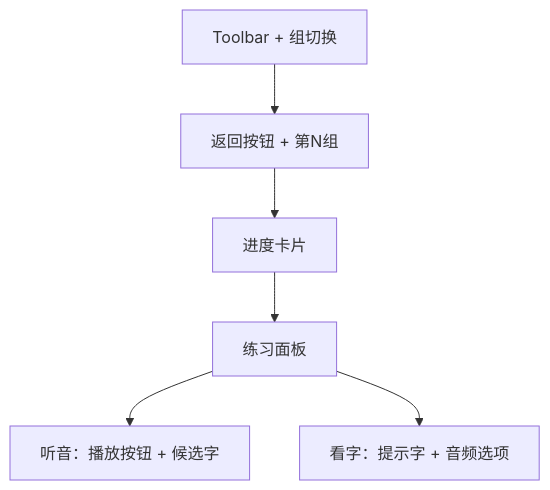
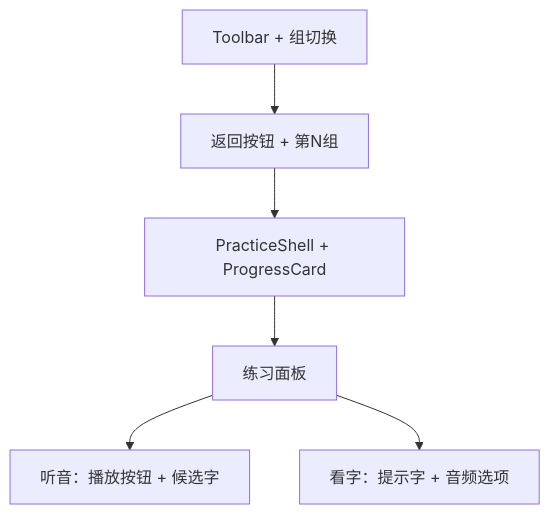
Before and after one commit to runmu123/shizi: the ninth of 12 diagrams in project.md, drawn with Mermaid. The commit also changed other lines of this file and 20 other files, not shown here.

````diff
--- a/project.md
+++ b/project.md
@@ -339,8 +354,8 @@
 ```mermaid
 flowchart TB
     A["Toolbar + 组切换"] --> B["返回按钮 + 第N组"]
-    B --> C["进度卡片"]
+    B --> C["PracticeShell + ProgressCard"]
     C --> D["练习面板"]
     D --> E["听音：播放按钮 + 候选字"]
     D --> F["看字：提示字 + 音频选项"]
 ```
````
